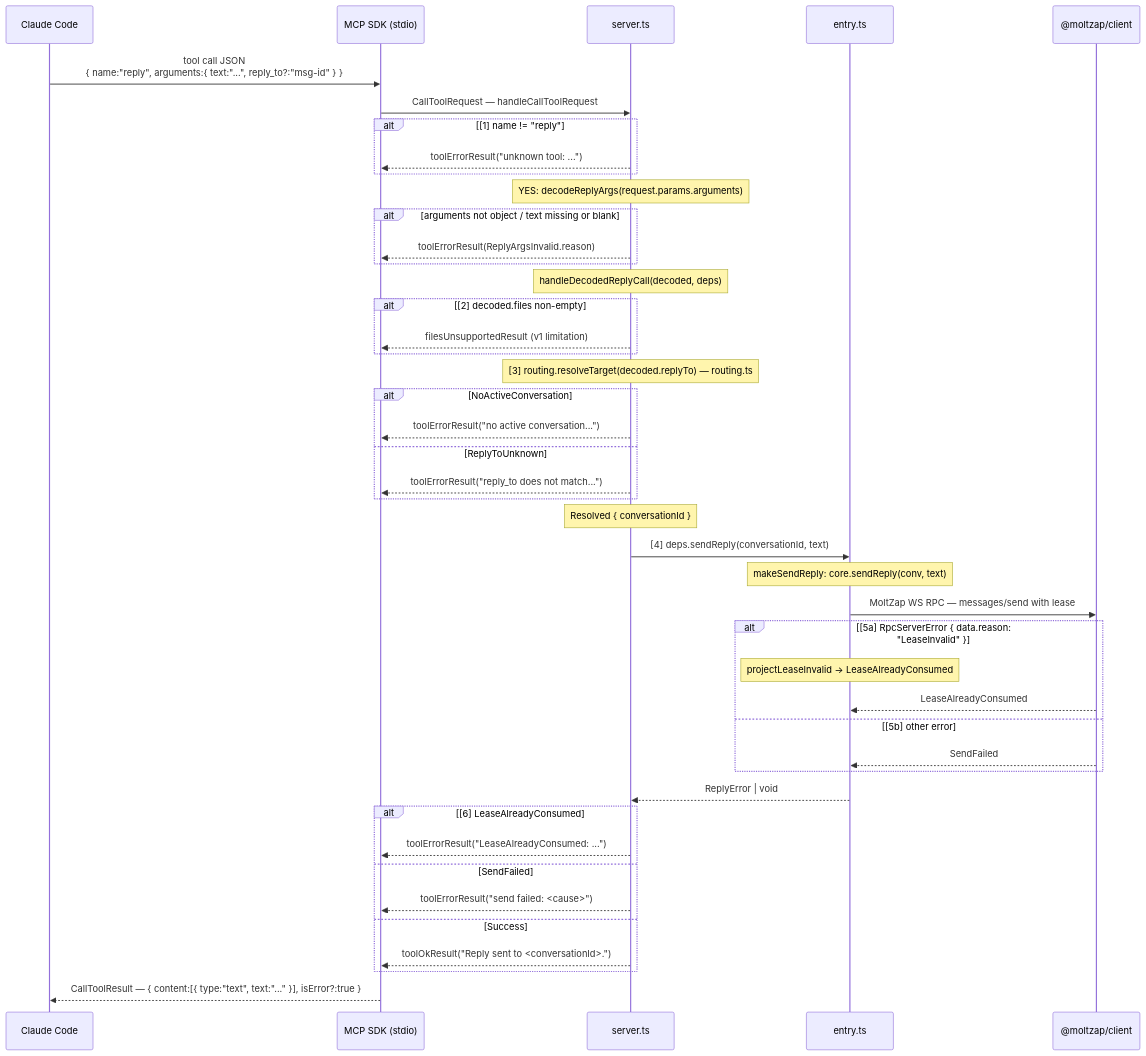
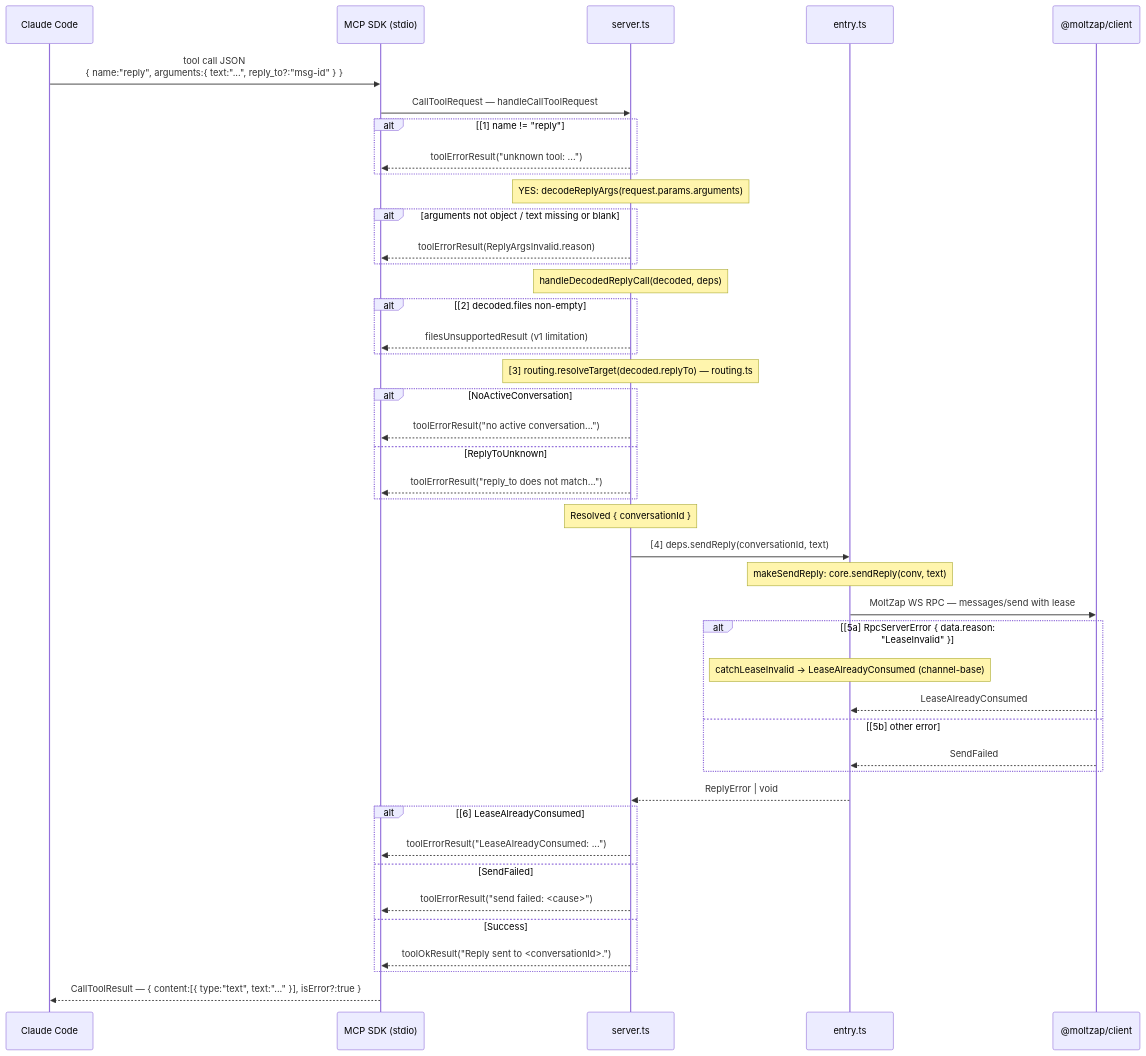
The diagram in packages/claude-code-channel/docs/architecture/03-claude-reply-to-moltzap-outbound.md (chughtapan/moltzap), drawn with Mermaid before and after one commit. The commit also changed 11 other files, not shown here.

First line of the commit message:
docs(C): update channel architecture docs for channel-base extraction

````diff
--- a/packages/claude-code-channel/docs/architecture/03-claude-reply-to-moltzap-outbound.md
+++ b/packages/claude-code-channel/docs/architecture/03-claude-reply-to-moltzap-outbound.md
@@ -8,58 +8,58 @@
 ```mermaid
 sequenceDiagram
     participant Claude as Claude Code
     participant mcp as MCP SDK (stdio)
     participant server as server.ts
     participant entry as entry.ts
     participant client as @moltzap/client
 
     Claude->>mcp: tool call JSON<br>{ name:"reply", arguments:{ text:"...", reply_to?:"msg-id" } }
     mcp->>server: CallToolRequest — handleCallToolRequest
 
     alt [1] name != "reply"
         server-->>mcp: toolErrorResult("unknown tool: ...")
     end
 
     note over server: YES: decodeReplyArgs(request.params.arguments)
     alt arguments not object / text missing or blank
         server-->>mcp: toolErrorResult(ReplyArgsInvalid.reason)
     end
 
     note over server: handleDecodedReplyCall(decoded, deps)
 
     alt [2] decoded.files non-empty
         server-->>mcp: filesUnsupportedResult (v1 limitation)
     end
 
     note over server: [3] routing.resolveTarget(decoded.replyTo) — routing.ts
     alt NoActiveConversation
         server-->>mcp: toolErrorResult("no active conversation...")
     else ReplyToUnknown
         server-->>mcp: toolErrorResult("reply_to does not match...")
     end
 
     note over server: Resolved { conversationId }
 
     server->>entry: [4] deps.sendReply(conversationId, text)
     note over entry: makeSendReply: core.sendReply(conv, text)
     entry->>client: MoltZap WS RPC — messages/send with lease
 
     alt [5a] RpcServerError { data.reason: "LeaseInvalid" }
-        note over entry: projectLeaseInvalid → LeaseAlreadyConsumed
+        note over entry: catchLeaseInvalid → LeaseAlreadyConsumed (channel-base)
         client-->>entry: LeaseAlreadyConsumed
     else [5b] other error
         client-->>entry: SendFailed
     end
 
     entry-->>server: ReplyError | void
 
     alt [6] LeaseAlreadyConsumed
         server-->>mcp: toolErrorResult("LeaseAlreadyConsumed: ...")
     else SendFailed
         server-->>mcp: toolErrorResult("send failed: <cause>")
     else Success
         server-->>mcp: toolOkResult("Reply sent to <conversationId>.")
     end
 
     mcp-->>Claude: CallToolResult — { content:[{ type:"text", text:"..." }], isError?:true }
 ```
````
